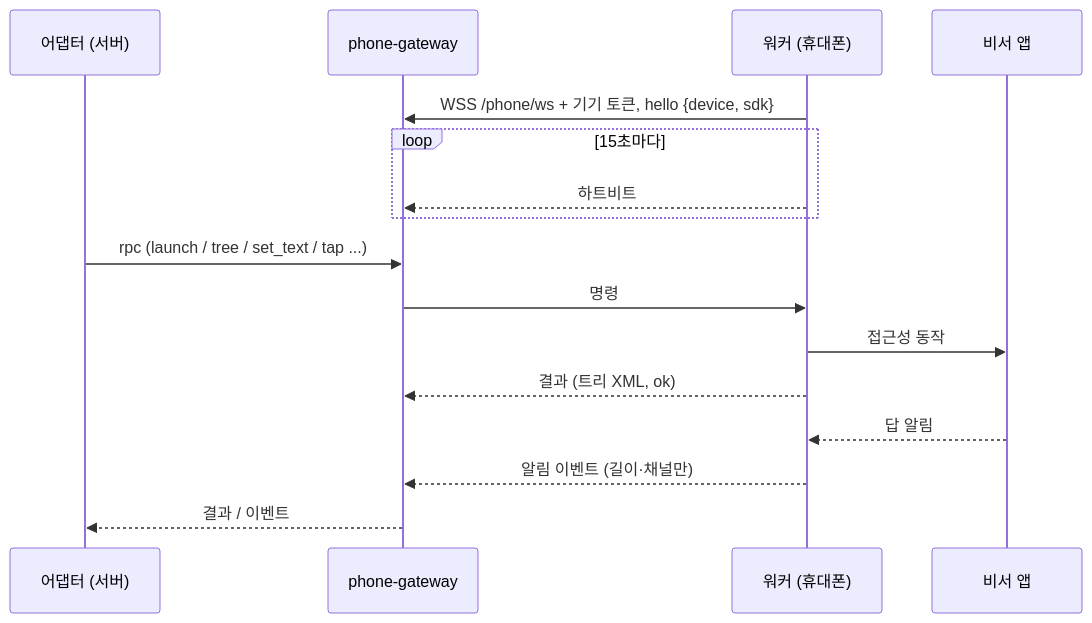
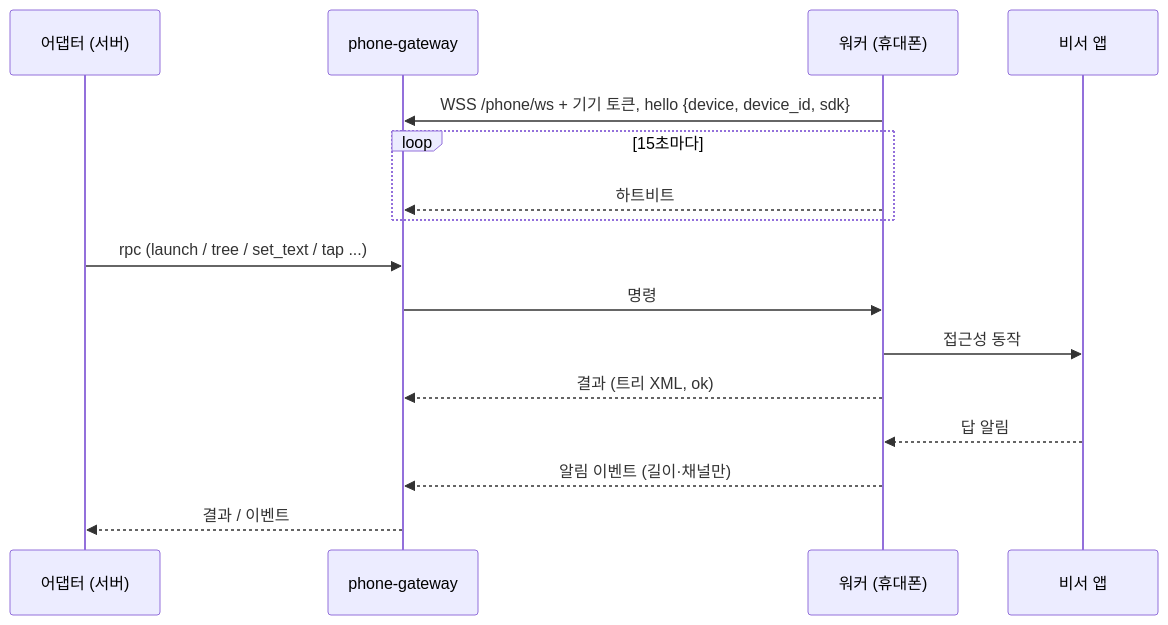
Before and after one commit to bluelikeness/roundtable-agent: the first of 2 diagrams in phone/README.ko.md, drawn with Mermaid. The commit also changed other lines of this file and 3 other files, not shown here.

````diff
--- a/phone/README.ko.md
+++ b/phone/README.ko.md
@@ -11,18 +11,18 @@
 ```mermaid
 sequenceDiagram
   participant A as 어댑터 (서버)
   participant G as phone-gateway
   participant W as 워커 (휴대폰)
   participant APP as 비서 앱
-  W->>G: WSS /phone/ws + 기기 토큰, hello {device, sdk}
+  W->>G: WSS /phone/ws + 기기 토큰, hello {device, device_id, sdk}
   loop 15초마다
     W-->>G: 하트비트
   end
   A->>G: rpc (launch / tree / set_text / tap ...)
   G->>W: 명령
   W->>APP: 접근성 동작
   W-->>G: 결과 (트리 XML, ok)
   APP-->>W: 답 알림
   W-->>G: 알림 이벤트 (길이·채널만)
   G-->>A: 결과 / 이벤트
 ```
````
